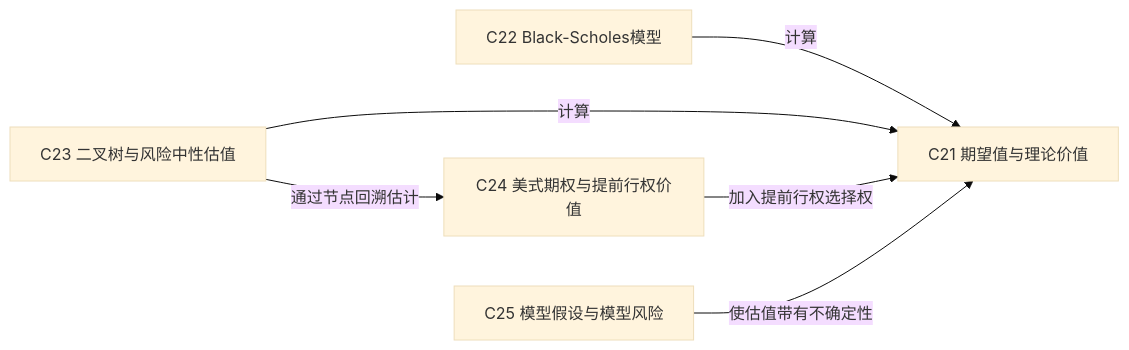
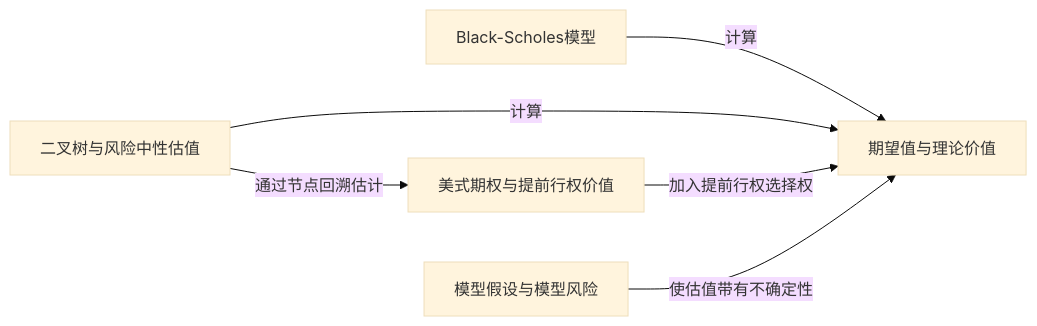
One commit to KIMMCHOW/MyKnowledge changed the diagram in Knowledge/Concepts/经济/金融/衍生品/期权/References/Option Volatility and Pricing 双语版/知识图谱/估值模型与模型风险.md. Above: the diagram before and after it, drawn with Mermaid (base theme). The commit also changed other lines of this file and 53 other files, not shown here.

Commit message:
cleanup: 期权知识图谱内容去除序号并同步生成与审计脚本

````diff
--- a/Knowledge/Concepts/经济/金融/衍生品/期权/References/Option Volatility and Pricing 双语版/知识图谱/估值模型与模型风险.md
+++ b/Knowledge/Concepts/经济/金融/衍生品/期权/References/Option Volatility and Pricing 双语版/知识图谱/估值模型与模型风险.md
@@ -23,13 +23,13 @@
 ```mermaid
 flowchart LR
-    C21["C21 期望值与理论价值"]
-    C22["C22 Black-Scholes模型"]
-    C23["C23 二叉树与风险中性估值"]
-    C24["C24 美式期权与提前行权价值"]
-    C25["C25 模型假设与模型风险"]
-    C22 -->|"计算"| C21
-    C23 -->|"计算"| C21
-    C23 -->|"通过节点回溯估计"| C24
-    C24 -->|"加入提前行权选择权"| C21
-    C25 -->|"使估值带有不确定性"| C21
+    ExpectedandTheoreticalValue["期望值与理论价值"]
+    BlackScholesModel["Black-Scholes模型"]
+    BinomialandRiskNeutralValuation["二叉树与风险中性估值"]
+    AmericanOptionandEarlyExerciseValue["美式期权与提前行权价值"]
+    ModelAssumptionsandModelRisk["模型假设与模型风险"]
+    BlackScholesModel -->|"计算"| ExpectedandTheoreticalValue
+    BinomialandRiskNeutralValuation -->|"计算"| ExpectedandTheoreticalValue
+    BinomialandRiskNeutralValuation -->|"通过节点回溯估计"| AmericanOptionandEarlyExerciseValue
+    AmericanOptionandEarlyExerciseValue -->|"加入提前行权选择权"| ExpectedandTheoreticalValue
+    ModelAssumptionsandModelRisk -->|"使估值带有不确定性"| ExpectedandTheoreticalValue
 ```
````
